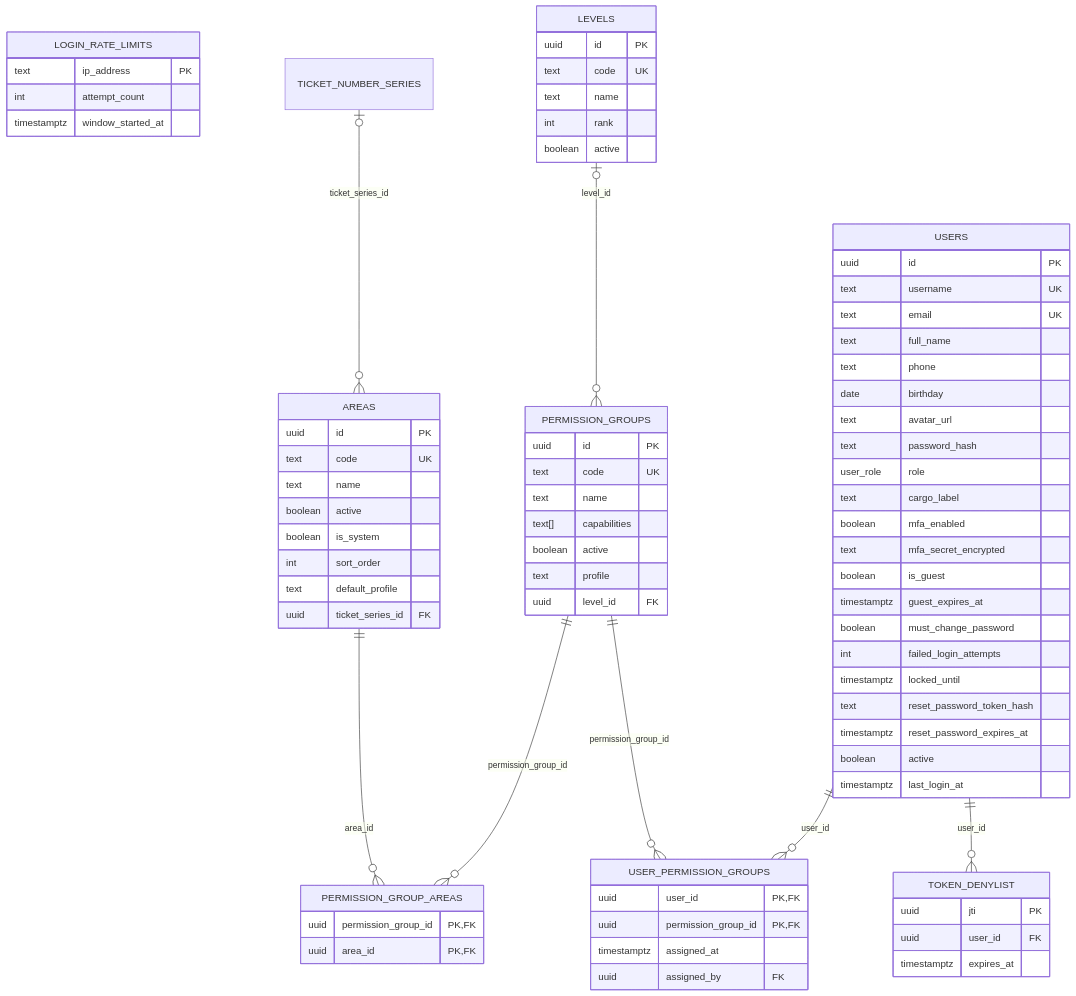
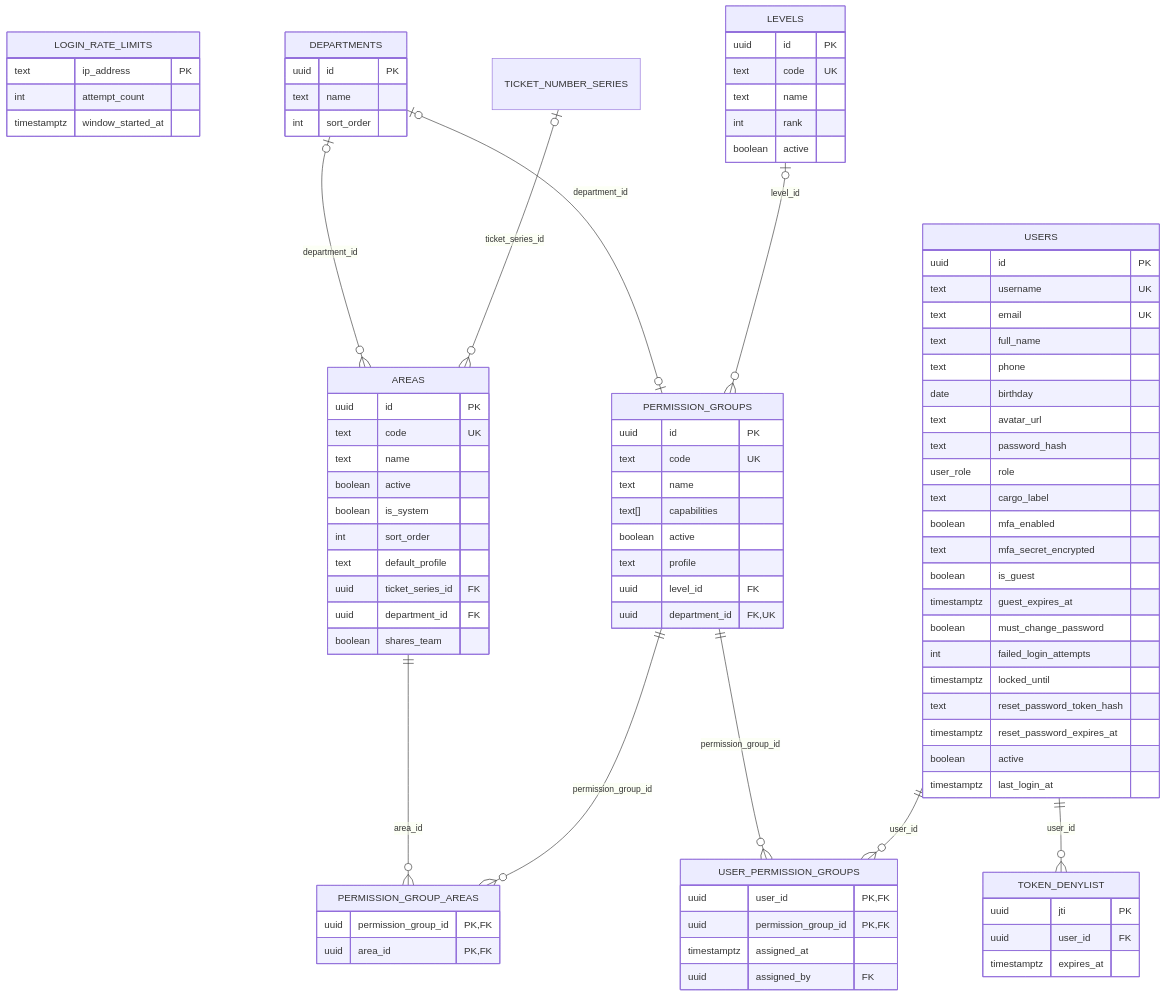
The first of 17 diagrams in docs/modelo-de-datos.md (athomo001/BitacoraSOC), drawn with Mermaid before and after one commit. The commit also changed other lines of this file and 75 other files, not shown here.

```diff
--- a/docs/modelo-de-datos.md
+++ b/docs/modelo-de-datos.md
@@ -80,6 +80,7 @@
         boolean active
         text profile
         uuid level_id FK
+        uuid department_id FK, UK
     }
     PERMISSION_GROUP_AREAS {
         uuid permission_group_id PK, FK
@@ -94,6 +95,13 @@
         int sort_order
         text default_profile
         uuid ticket_series_id FK
+        uuid department_id FK
+        boolean shares_team
+    }
+    DEPARTMENTS {
+        uuid id PK
+        text name
+        int sort_order
     }
     LEVELS {
         uuid id PK
@@ -110,6 +118,8 @@
     }
 
     AREAS ||--o{ PERMISSION_GROUP_AREAS : "area_id"
+    DEPARTMENTS |o--o{ AREAS : "department_id"
+    DEPARTMENTS |o--o| PERMISSION_GROUPS : "department_id"
     LEVELS |o--o{ PERMISSION_GROUPS : "level_id"
     PERMISSION_GROUPS ||--o{ PERMISSION_GROUP_AREAS : "permission_group_id"
     PERMISSION_GROUPS ||--o{ USER_PERMISSION_GROUPS : "permission_group_id"
```
